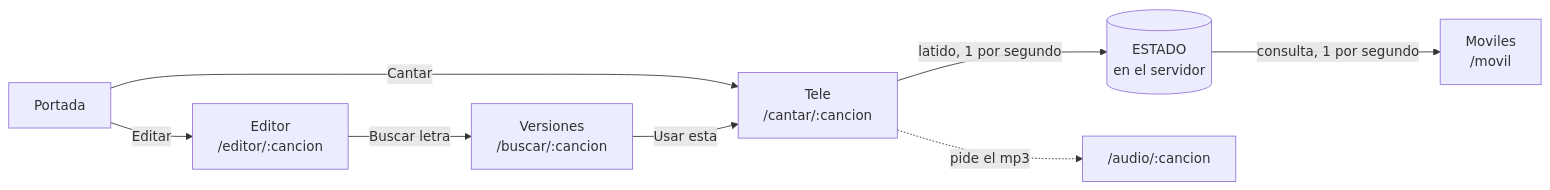
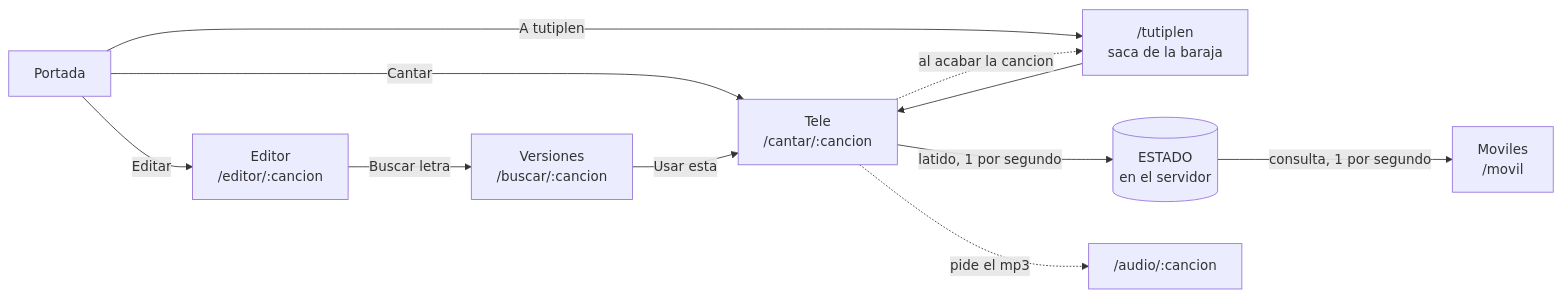
One commit to ArkaitzAmostegi/Karaoke changed the diagram in README.md. Above: the diagram before and after it, drawn with Mermaid. The commit also changed other lines of this file, not shown here.

````diff
--- a/README.md
+++ b/README.md
@@ -19,10 +20,13 @@
 ```mermaid
 flowchart LR
     P["Portada"] -->|Cantar| C["Tele<br>/cantar/:cancion"]
+    P -->|"A tutiplen"| T["/tutiplen<br>saca de la baraja"]
+    T --> C
+    C -.->|"al acabar la cancion"| T
     P -->|Editar| E["Editor<br>/editor/:cancion"]
     E -->|Buscar letra| V["Versiones<br>/buscar/:cancion"]
     V -->|Usar esta| C
     C -->|"latido, 1 por segundo"| S[("ESTADO<br>en el servidor")]
     S -->|"consulta, 1 por segundo"| M["Moviles<br>/movil"]
     C -.->|"pide el mp3"| A["/audio/:cancion"]
 ```
````
